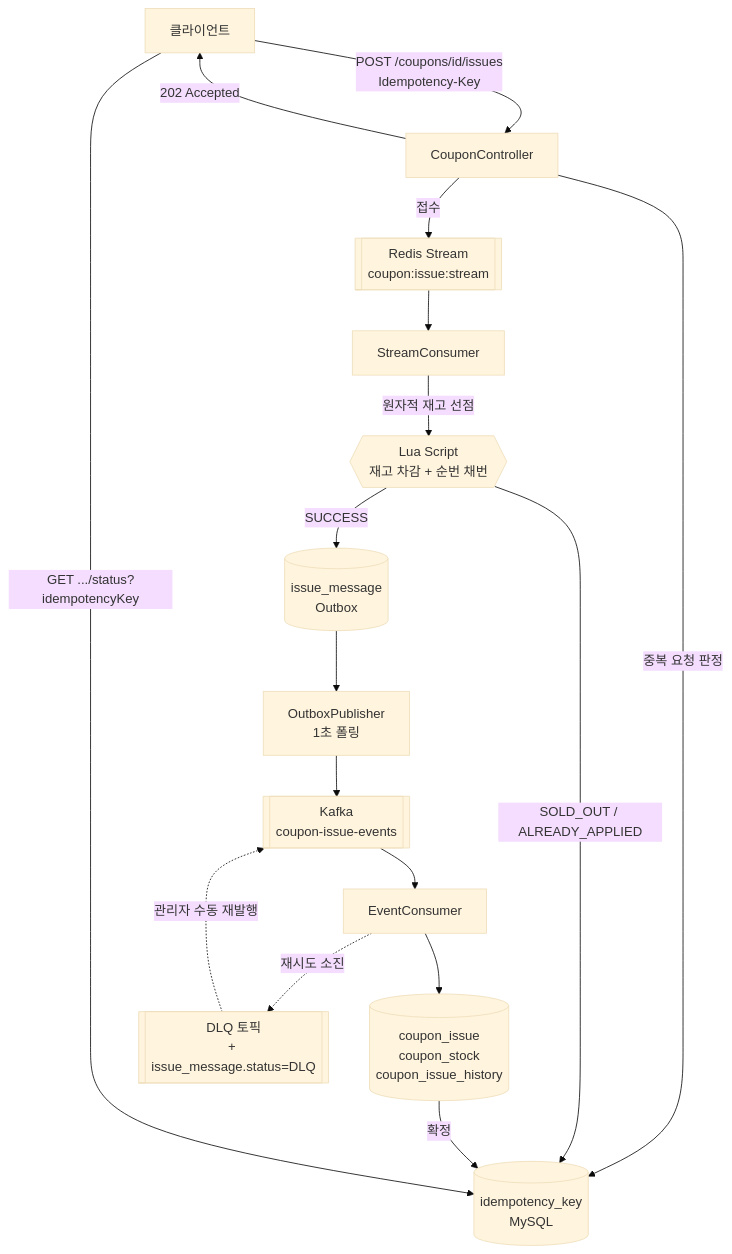
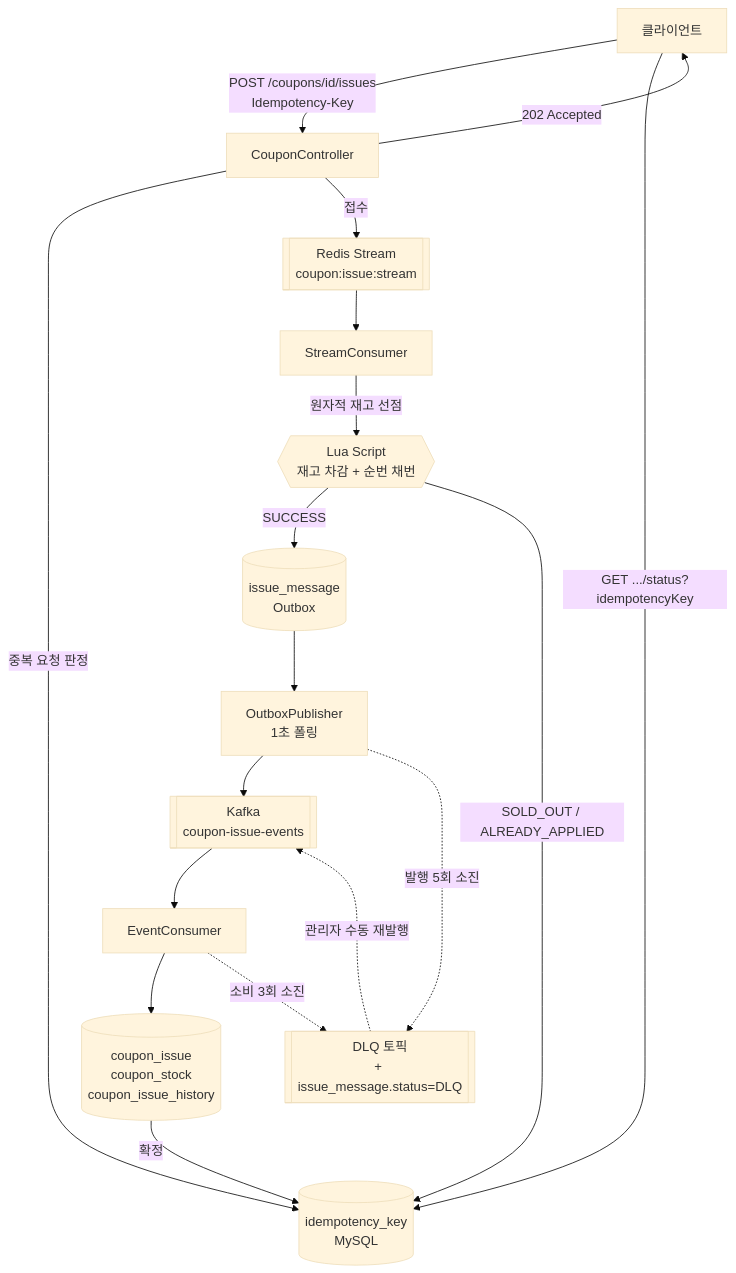
Before and after one commit to PetCare-Platform/petcoupon-backend: the diagram in README.md, drawn with Mermaid (base theme). The commit also changed other lines of this file, not shown here.

````diff
--- a/README.md
+++ b/README.md
@@ -60,23 +60,24 @@
 ```mermaid
 flowchart TD
     C[클라이언트] -->|POST /coupons/id/issues<br/>Idempotency-Key| API[CouponController]
     API -->|중복 요청 판정| IDEM[(idempotency_key<br/>MySQL)]
     API -->|접수| STREAM[[Redis Stream<br/>coupon:issue:stream]]
     API -->|202 Accepted| C
 
     STREAM --> SC[StreamConsumer]
     SC -->|원자적 재고 선점| LUA{{Lua Script<br/>재고 차감 + 순번 채번}}
     LUA -->|SUCCESS| OUTBOX[(issue_message<br/>Outbox)]
     LUA -->|SOLD_OUT / ALREADY_APPLIED| IDEM
 
     OUTBOX --> PUB[OutboxPublisher<br/>1초 폴링]
     PUB --> KAFKA[[Kafka<br/>coupon-issue-events]]
     KAFKA --> KC[EventConsumer]
     KC --> PERSIST[(coupon_issue<br/>coupon_stock<br/>coupon_issue_history)]
     PERSIST -->|확정| IDEM
 
-    KC -.재시도 소진.-> DLQ[[DLQ 토픽<br/>+ issue_message.status=DLQ]]
+    PUB -.발행 5회 소진.-> DLQ[[DLQ 토픽<br/>+ issue_message.status=DLQ]]
+    KC -.소비 3회 소진.-> DLQ
     DLQ -.관리자 수동 재발행.-> KAFKA
 
     C -->|GET .../status?idempotencyKey| IDEM
 ```
````
